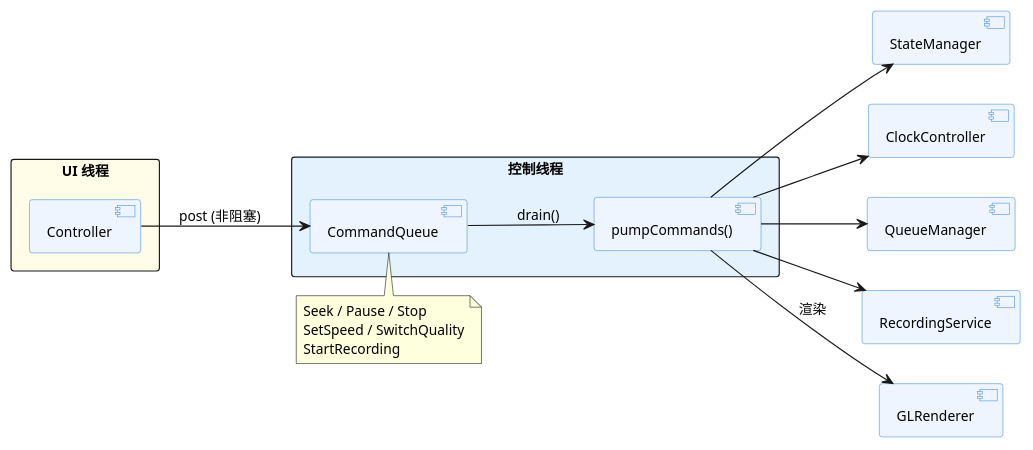
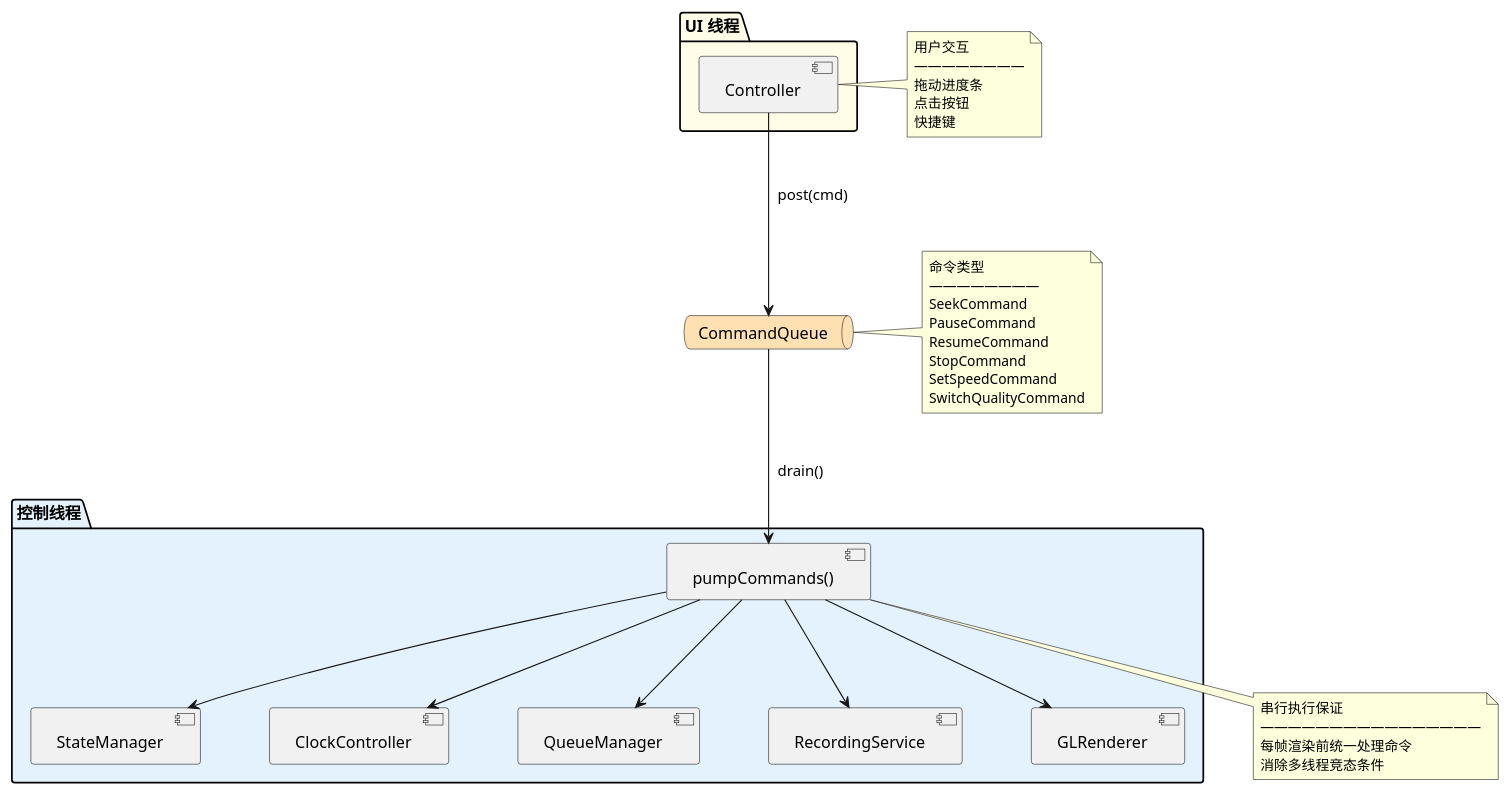
The first of 2 diagrams in README.md (Amaz1ngJR/FluxPlayer), drawn with PlantUML before and after one commit. The commit also changed other lines of this file and 10 other files, not shown here.

````diff
--- a/README.md
+++ b/README.md
@@ -103,42 +103,68 @@
 ```plantuml
-@startuml 控制流：命令队列
+@startuml
+skinparam backgroundColor #FFFFFF
+skinparam defaultFontName "Microsoft YaHei,SimHei,Arial"
+skinparam componentFontSize 14
+skinparam noteFontSize 12
+skinparam nodesep 60
+skinparam ranksep 80
 
-left to right direction
-skinparam defaultFontSize 12
-skinparam component {
-    BackgroundColor #EEF5FF
-    BorderColor #4A90D9
+<style>
+component {
+    Padding 10
+    Margin 5
+}
+</style>
+
+package "UI 线程" as ui_thread #FFFDE7 {
+    component "  Controller  " as ctrl
 }
 
-rectangle "UI 线程" #FFFDE7 {
-    component "Controller" as ctrl
+queue "  CommandQueue  " as cmdq #FFE0B2
+
+package "控制线程" as ctrl_thread #E3F2FD {
+    component "  pumpCommands()  " as pump
+    component "  StateManager  " as state
+    component "  ClockController  " as clock
+    component "  QueueManager  " as qmgr
+    component "  RecordingService  " as rec
+    component "  GLRenderer  " as gl
 }
 
-rectangle "控制线程" #E3F2FD {
-    component "CommandQueue" as cmdq
-    component "pumpCommands()" as pump
-    cmdq --> pump : drain()
-}
+ctrl -down-> cmdq : "  post(cmd)  "
+cmdq -down-> pump : "  drain()  "
 
-component "StateManager" as state
-component "ClockController" as clock
-component "QueueManager" as qmgr
-component "RecordingService" as rec
-component "GLRenderer" as gl
+pump -down-> state
+pump -down-> clock
+pump -down-> qmgr
+pump -down-> rec
+pump -down-> gl
 
-ctrl --> cmdq : post (非阻塞)
+note right of ctrl
+  用户交互
+  ————————
+  拖动进度条
+  点击按钮
+  快捷键
+end note
 
-pump --> state
-pump --> clock
-pump --> qmgr
-pump --> rec
-pump --> gl : 渲染
+note right of cmdq
+  命令类型
+  ————————
+  SeekCommand
+  PauseCommand
+  ResumeCommand
+  StopCommand
+  SetSpeedCommand
+  SwitchQualityCommand
+end note
 
-note top of cmdq
-  Seek / Pause / Stop
-  SetSpeed / SwitchQuality
-  StartRecording
+note bottom of pump
+  串行执行保证
+  ————————————————
+  每帧渲染前统一处理命令
+  消除多线程竞态条件
 end note
 
 @enduml
 ```
````
